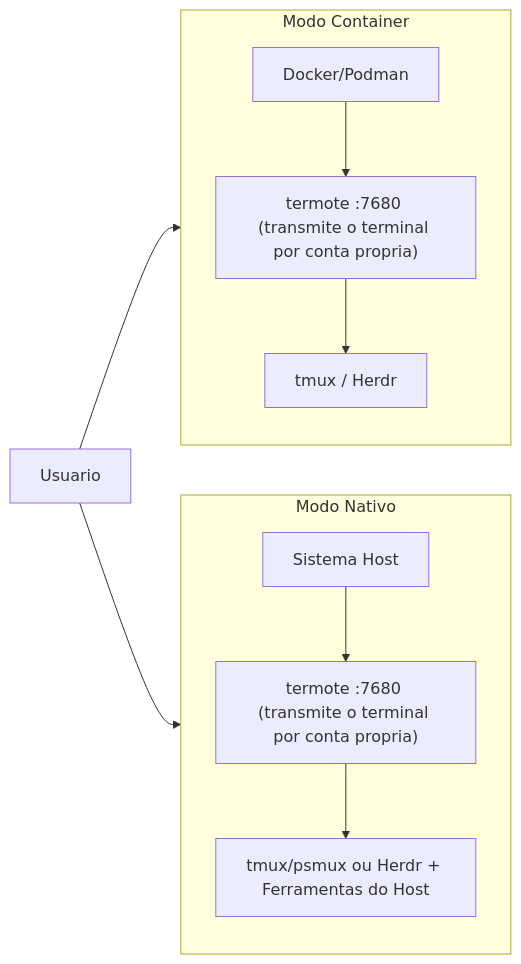
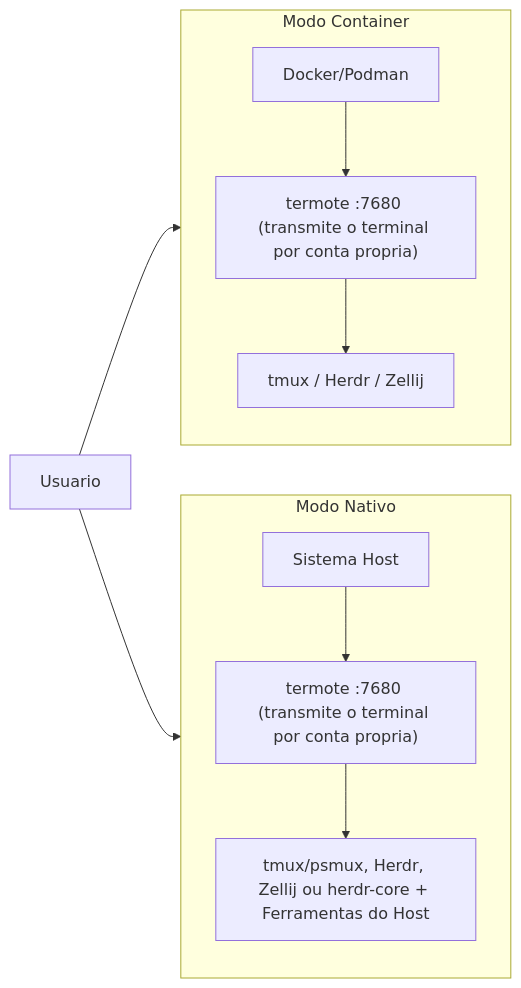
Before and after one commit to lamngockhuong/termote: the second of 2 diagrams in README.pt-BR.md, drawn with Mermaid. The commit also changed other lines of this file and 14 other files, not shown here.

````diff
--- a/README.pt-BR.md
+++ b/README.pt-BR.md
@@ -252,14 +258,14 @@
 ```mermaid
 flowchart LR
     subgraph Container["Modo Container"]
         direction TB
-        C1["Docker/Podman"] --> C2["termote :7680 (transmite o terminal por conta propria)"] --> C3["tmux / Herdr"]
+        C1["Docker/Podman"] --> C2["termote :7680 (transmite o terminal por conta propria)"] --> C3["tmux / Herdr / Zellij"]
     end
 
     subgraph Native["Modo Nativo"]
         direction TB
-        N1["Sistema Host"] --> N2["termote :7680 (transmite o terminal por conta propria)"] --> N3["tmux/psmux ou Herdr + Ferramentas do Host"]
+        N1["Sistema Host"] --> N2["termote :7680 (transmite o terminal por conta propria)"] --> N3["tmux/psmux, Herdr, Zellij ou herdr-core + Ferramentas do Host"]
     end
 
     User["Usuario"] --> Container & Native
 ```
````
